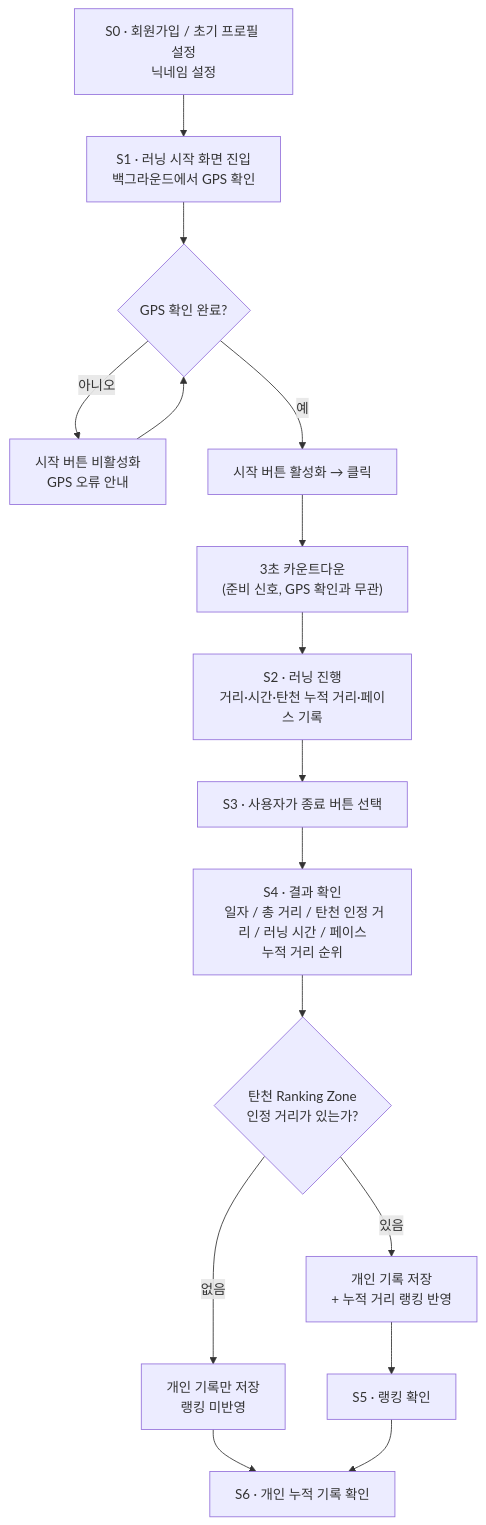
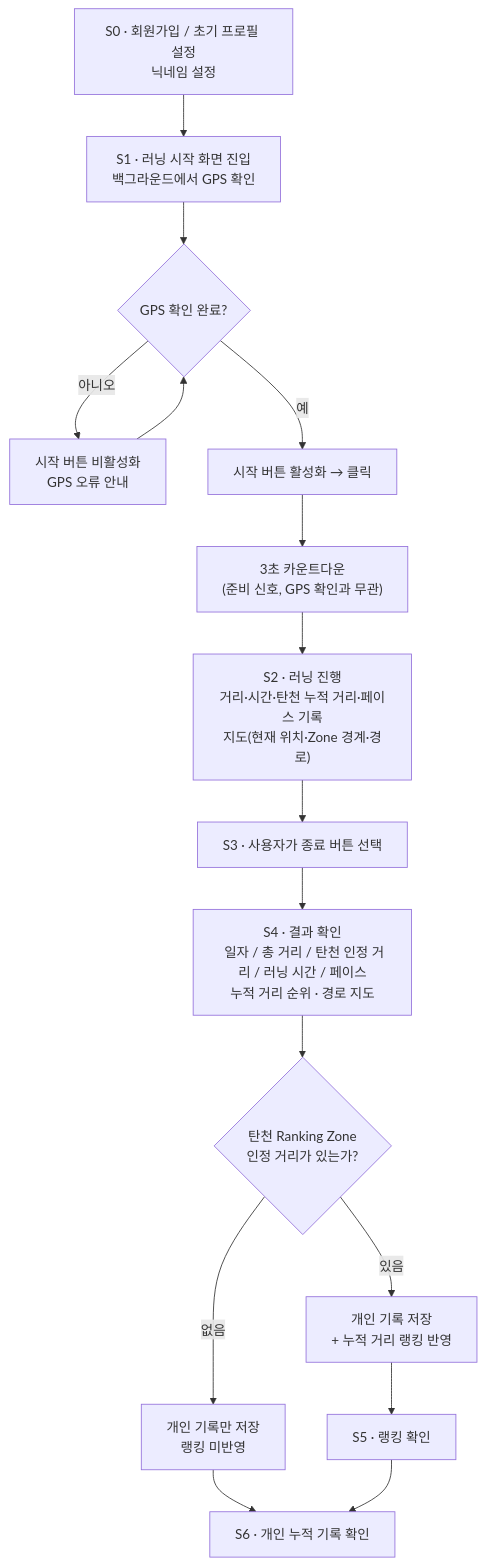
One commit to NextComm1T/project_planning_2 changed the diagram in docs/02-workflow.md. Above: the diagram before and after it, drawn with Mermaid. The commit also changed other lines of this file and 5 other files, not shown here.

````diff
--- a/docs/02-workflow.md
+++ b/docs/02-workflow.md
@@ -38,28 +35,28 @@
 ```mermaid
 flowchart TD
     S0["S0 · 회원가입 / 초기 프로필 설정<br/>닉네임 설정"]
     --> S1["S1 · 러닝 시작 화면 진입<br/>백그라운드에서 GPS 확인"]
 
     S1 --> G{"GPS 확인 완료?"}
 
     G -->|아니오| E["시작 버튼 비활성화<br/>GPS 오류 안내"]
     E --> G
 
     G -->|예| B["시작 버튼 활성화 → 클릭"]
     B --> C["3초 카운트다운<br/>(준비 신호, GPS 확인과 무관)"]
-    C --> S2["S2 · 러닝 진행<br/>거리·시간·탄천 누적 거리·페이스 기록"]
+    C --> S2["S2 · 러닝 진행<br/>거리·시간·탄천 누적 거리·페이스 기록<br/>지도(현재 위치·Zone 경계·경로)"]
 
     S2 --> S3["S3 · 사용자가 종료 버튼 선택"]
 
-    S3 --> S4["S4 · 결과 확인<br/> 일자 / 총 거리 / 탄천 인정 거리 / 러닝 시간 / 페이스<br/>누적 거리 순위"]
+    S3 --> S4["S4 · 결과 확인<br/> 일자 / 총 거리 / 탄천 인정 거리 / 러닝 시간 / 페이스<br/>누적 거리 순위 · 경로 지도"]
 
     S4 --> R{"탄천 Ranking Zone<br/>인정 거리가 있는가?"}
 
     R -->|있음| R1["개인 기록 저장<br/>+ 누적 거리 랭킹 반영"]
     R -->|없음| R2["개인 기록만 저장<br/>랭킹 미반영"]
 
     R1 --> S5["S5 · 랭킹 확인"]
     R2 --> S6["S6 · 개인 누적 기록 확인"]
 
     S5 --> S6
 ```
````
